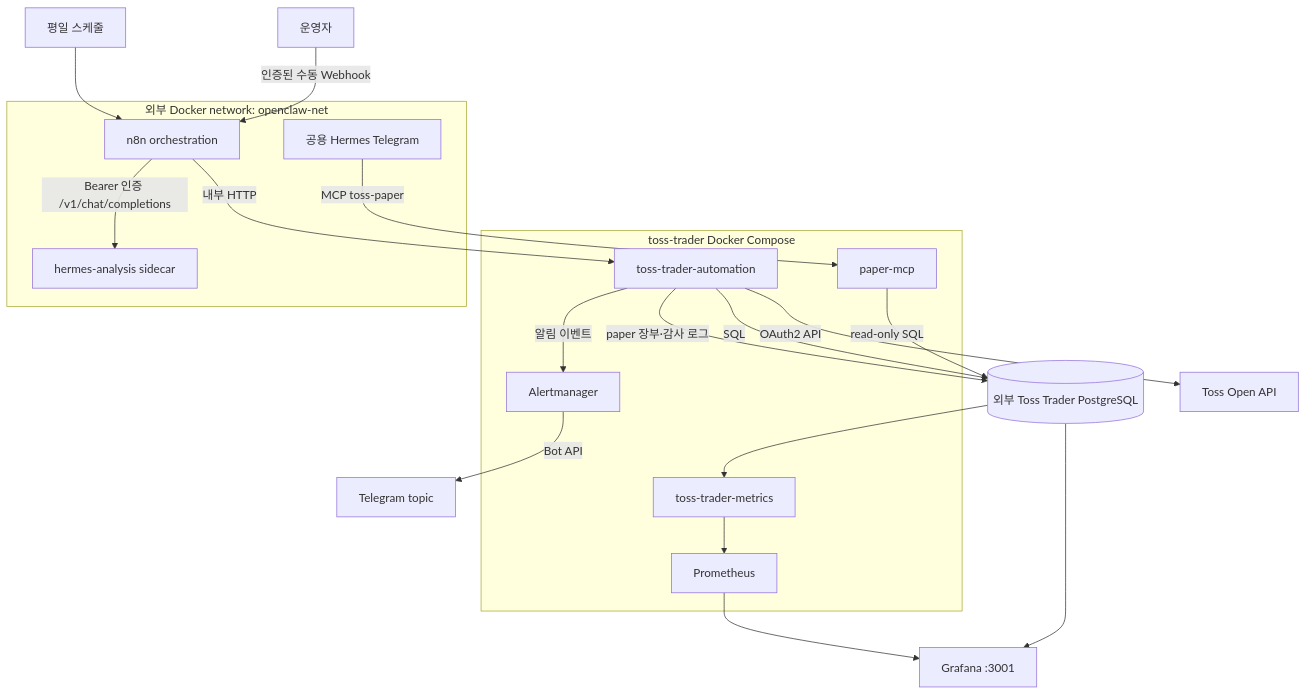
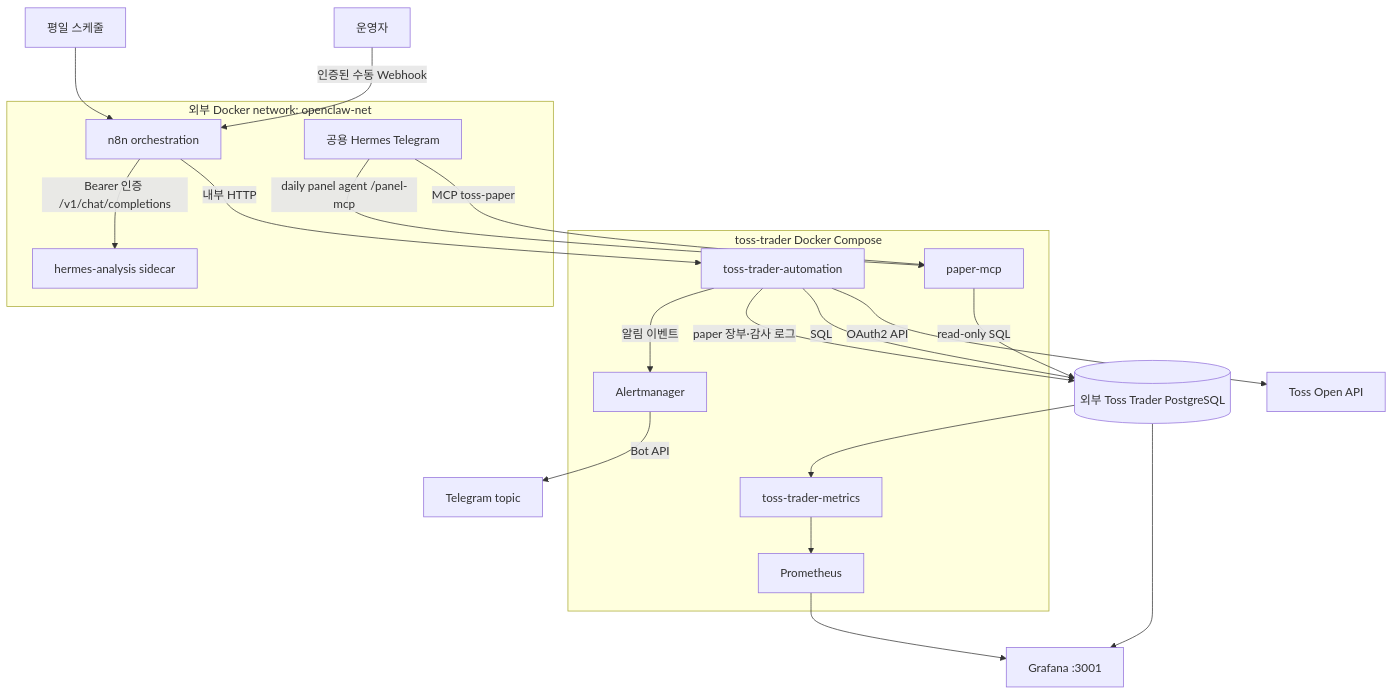
One commit to hunchulchoi/toss-trader changed the first of 12 diagrams in docs/system-workflow.md. Above: the diagram before and after it, drawn with Mermaid. The commit also changed other lines of this file and 12 other files, not shown here.

````diff
--- a/docs/system-workflow.md
+++ b/docs/system-workflow.md
@@ -5,33 +5,34 @@
 ```mermaid
 flowchart TB
     OP[운영자] -->|인증된 수동 Webhook| N8N
     SCHED[평일 스케줄] --> N8N
 
     subgraph COMPOSE[toss-trader Docker Compose]
         AUTO[toss-trader-automation]
         AM[Alertmanager]
         METRICS[toss-trader-metrics]
         PROM[Prometheus]
         PAPERMCP[paper-mcp]
     end
 
     subgraph OPENCLAW[외부 Docker network: openclaw-net]
         N8N[n8n orchestration]
         HERMES[hermes-analysis sidecar]
         PUBHERMES[공용 Hermes Telegram]
     end
 
     N8N -->|내부 HTTP| AUTO
     N8N -->|Bearer 인증 /v1/chat/completions| HERMES
     AUTO -->|OAuth2 API| TOSS[Toss Open API]
     AUTO -->|SQL| DB[(외부 Toss Trader PostgreSQL)]
     AUTO -->|paper 장부·감사 로그| DB
     AUTO -->|알림 이벤트| AM
     AM -->|Bot API| TELEGRAM[Telegram topic]
     PUBHERMES -->|MCP toss-paper| PAPERMCP
+    PUBHERMES -->|daily panel agent /panel-mcp| PAPERMCP
     PAPERMCP -->|read-only SQL| DB
     DB --> METRICS
     METRICS --> PROM
     DB --> GRAFANA[Grafana :3001]
     PROM --> GRAFANA
 ```
````
